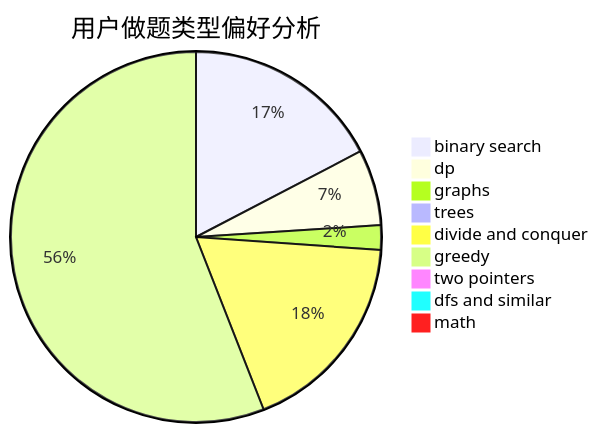
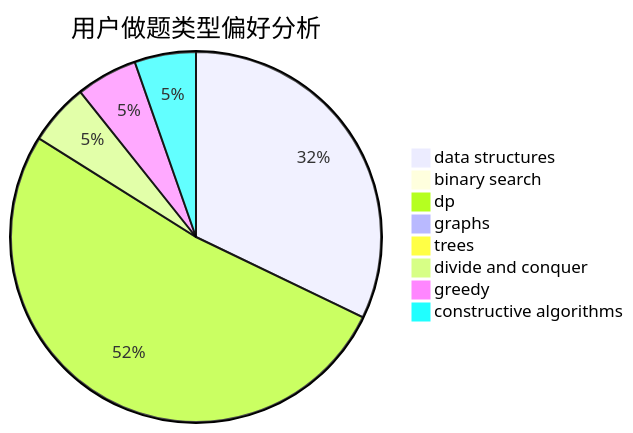
One commit to sherpahu/cfrs.github.io changed the second of 3 diagrams in docs/user/u2764.md. Above: the diagram before and after it, drawn with Mermaid. The commit also changed other lines of this file and 2775 other files, not shown here.

````diff
--- a/docs/user/u2764.md
+++ b/docs/user/u2764.md
@@ -23,12 +23,11 @@
 ```mermaid
 pie title 用户做题类型偏好分析
-    "binary search" :  89
-    "dp" :  34
-    "graphs" :  11
+    "data structures" :  18
+    "binary search" :  0
+    "dp" :  29
+    "graphs" :  0
     "trees" :  0
-    "divide and conquer" :  92
-    "greedy" :  287
-    "two pointers" :  0
-    "dfs and similar" :  0
-    "math" :  0
+    "divide and conquer" :  3
+    "greedy" :  3
+    "constructive algorithms" :  3
 ```
````
